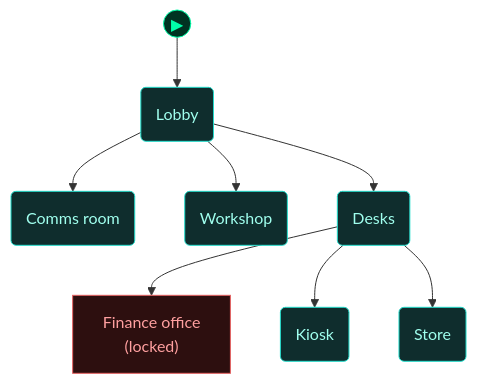
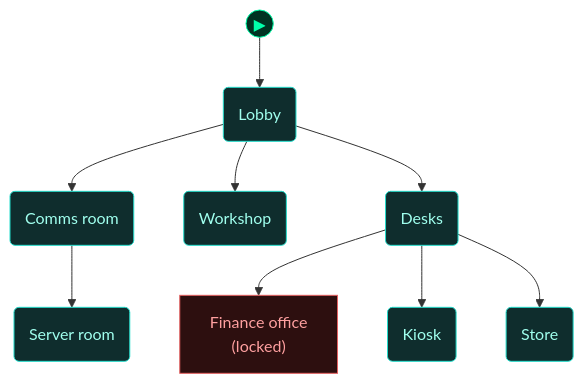
One commit to cliffe/BreakEscape changed the fourth of 5 diagrams in scenarios/test_access_networks/dungeon_graph.md. Above: the diagram before and after it, drawn with Mermaid. The commit also changed other lines of this file and 5 other files, not shown here.

Commit message:
Dungeon graph: draw 9.3b links, pivots, Wi-Fi access points, implants and outages

````diff
--- a/scenarios/test_access_networks/dungeon_graph.md
+++ b/scenarios/test_access_networks/dungeon_graph.md
@@ -274,40 +372,42 @@
 ```mermaid
 flowchart TD
 
   classDef room      fill:#0f2d2d,stroke:#22ddcc,color:#a0ffee
   classDef lock      fill:#2d0f0f,stroke:#e66060,color:#ffa0a0
   classDef key       fill:#2d0812,stroke:#e66060,color:#ffa0a0
   classDef item      fill:#2d1200,stroke:#e89030,color:#ffcc80
   classDef gate      fill:#111,stroke:#666,color:#eee
   classDef vm        fill:#0c1f40,stroke:#4a90d9,color:#a0c8ff
   classDef flag      fill:#1a0c2d,stroke:#9060d0,color:#cc99ff
   classDef action    fill:#1a1200,stroke:#cc9922,color:#ffee88
   classDef aim       fill:#0d2a0d,stroke:#44cc44,color:#88ff88
   classDef aim_gate  fill:#111111,stroke:#44cc44,color:#44cc44
   classDef container fill:#1a2d1a,stroke:#60b060,color:#a0e0a0
   classDef npc       fill:#2d1f0d,stroke:#d0a050,color:#ffe0a0
   classDef critical  fill:#2a1500,stroke:#ffaa00,color:#ffdd88
   classDef start     fill:#003322,stroke:#00ffaa,color:#00ffaa
 
   node_start(("▶"))
   node_start --> lobby
 
   lobby("Lobby")
   comms_room("Comms room")
+  server_room("Server room")
   workshop("Workshop")
   desk_room("Desks")
   finance_office["Finance office<br/>(locked)"]
   kiosk_room("Kiosk")
   store("Store")
 
   lobby --> comms_room
   lobby --> desk_room
   lobby --> workshop
+  comms_room --> server_room
   desk_room --> finance_office
   desk_room --> kiosk_room
   desk_room --> store
 
-  class lobby,comms_room,workshop,desk_room,kiosk_room,store room
+  class lobby,comms_room,server_room,workshop,desk_room,kiosk_room,store room
   class finance_office lock
   class node_start start
 ```
````
